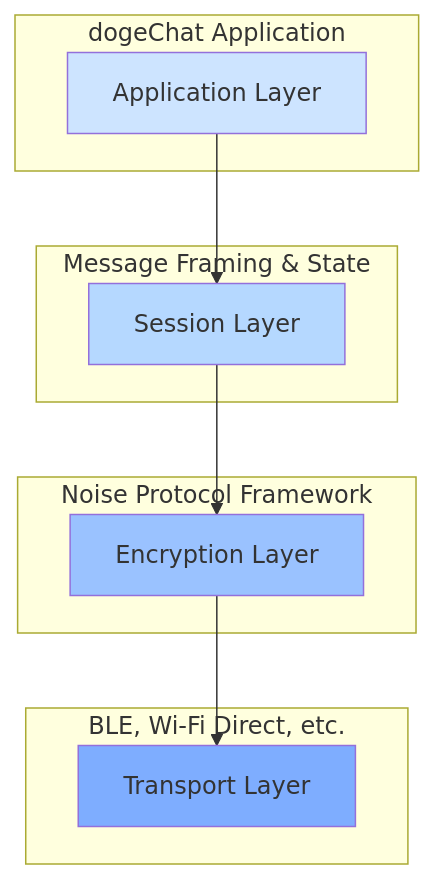
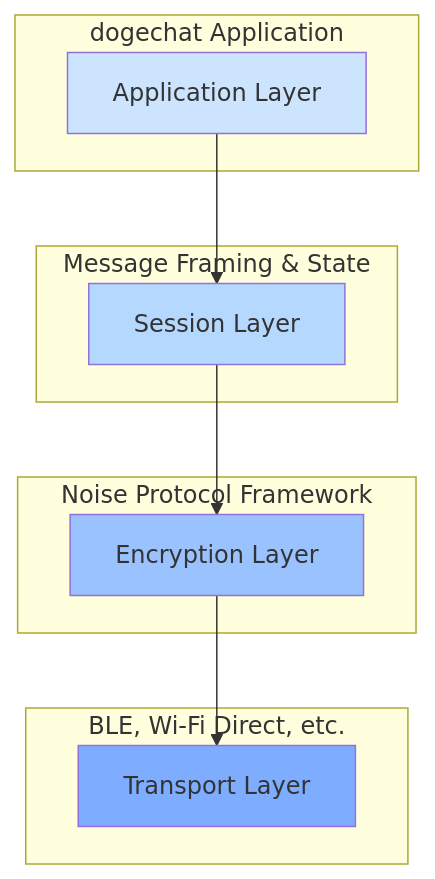
One commit to GreatApe42069/dogechat-android changed the first of 2 diagrams in docs/WHITEPAPER.md. Above: the diagram before and after it, drawn with Mermaid. The commit also changed other lines of this file, not shown here.

````diff
--- a/docs/WHITEPAPER.md
+++ b/docs/WHITEPAPER.md
@@ -36,27 +36,27 @@
 ```mermaid
 graph TD
     A[Application Layer] --> B[Session Layer];
     B --> C[Encryption Layer];
     C --> D[Transport Layer];
 
-    subgraph "dogeChat Application"
+    subgraph "dogechat Application"
         A
     end
 
     subgraph "Message Framing & State"
         B
     end
 
     subgraph "Noise Protocol Framework"
         C
     end
 
     subgraph "BLE, Wi-Fi Direct, etc."
         D
     end
 
     style A fill:#cde4ff
     style B fill:#b5d8ff
     style C fill:#9ac2ff
     style D fill:#7eadff
 ```
````
